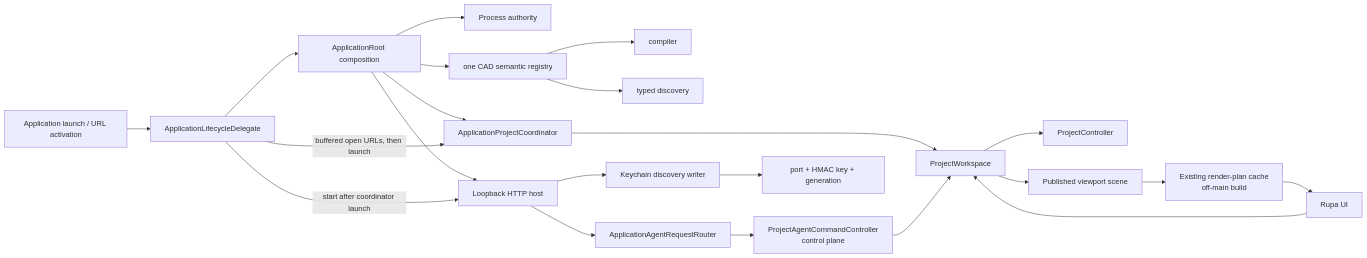
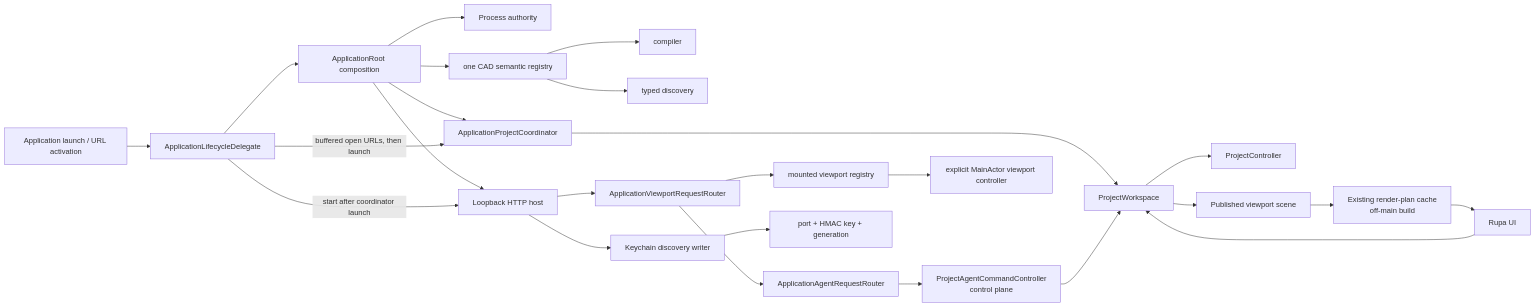
Before and after one commit to 1amageek/Rupa: the first of 2 diagrams in Rupa/Rupa/Rupa/DESIGN.md, drawn with Mermaid. The commit also changed other lines of this file and 102 other files, not shown here.

````diff
--- a/Rupa/Rupa/Rupa/DESIGN.md
+++ b/Rupa/Rupa/Rupa/DESIGN.md
@@ -34,24 +36,27 @@
 ```mermaid
 flowchart LR
     Launch["Application launch / URL activation"] --> Lifecycle["ApplicationLifecycleDelegate"]
     Lifecycle --> Root["ApplicationRoot composition"]
     Root --> Authority["Process authority"]
     Root --> Registry["one CAD semantic registry"]
     Registry --> Compiler["compiler"]
     Registry --> Capabilities["typed discovery"]
     Root --> Host["Loopback HTTP host"]
     Root --> Coordinator["ApplicationProjectCoordinator"]
     Lifecycle -->|buffered open URLs, then launch| Coordinator
     Lifecycle -->|start after coordinator launch| Host
     Coordinator --> Workspace["ProjectWorkspace"]
     Workspace --> Controller["ProjectController"]
-    Host --> Router["ApplicationAgentRequestRouter"]
+    Host --> ViewportRouter["ApplicationViewportRequestRouter"]
+    ViewportRouter --> Router["ApplicationAgentRequestRouter"]
     Router --> Runtime["ProjectAgentCommandController\ncontrol plane"]
     Runtime --> Workspace
+    ViewportRouter --> Viewports["mounted viewport registry"]
+    Viewports --> Mounted["explicit MainActor viewport controller"]
     Host --> Writer["Keychain discovery writer"]
     Writer --> Discovery["port + HMAC key + generation"]
     UI["Rupa UI"] --> Workspace
     Workspace --> Scene["Published viewport scene"]
     Scene --> Cache["Existing render-plan cache\noff-main build"]
     Cache --> UI
 ```
````
